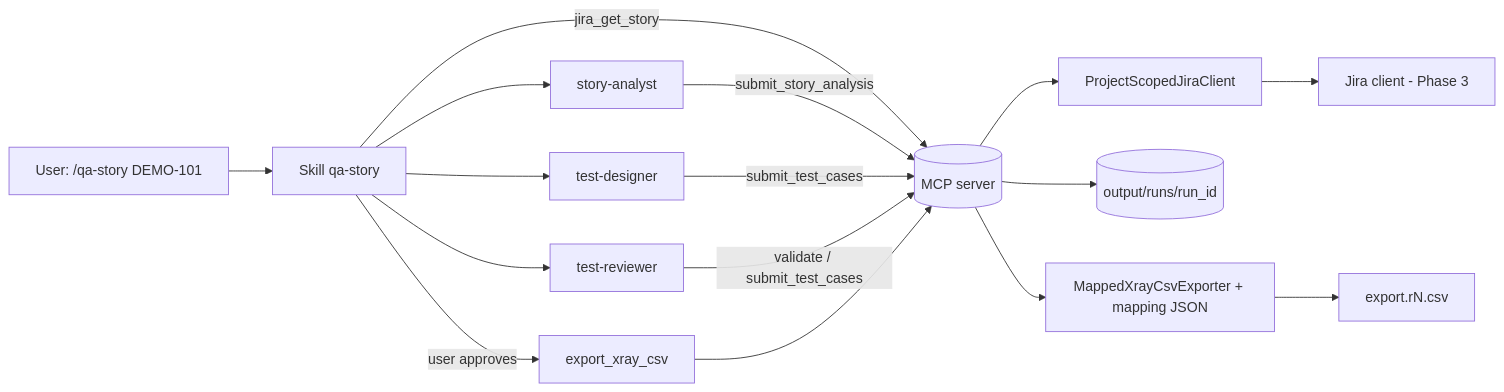
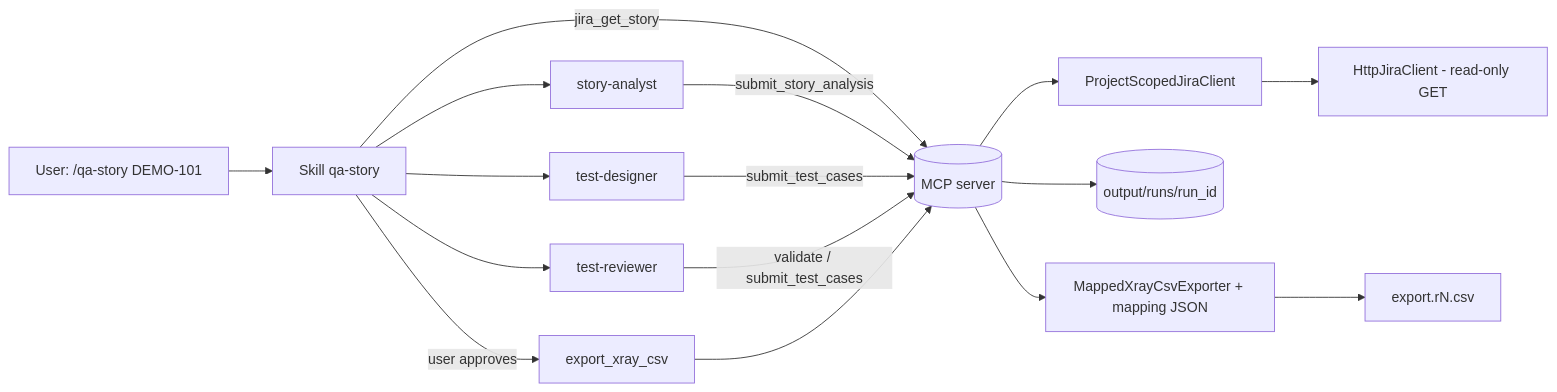
The diagram in docs/architecture/overview.md (VictoriaRudakova/qa-assistant), drawn with Mermaid before and after one commit. The commit also changed 21 other files, not shown here.

First line of the commit message:
feat: add read-only Jira integration

````diff
--- a/docs/architecture/overview.md
+++ b/docs/architecture/overview.md
@@ -19,12 +19,12 @@
 ```mermaid
 flowchart LR
     U[User: /qa-story DEMO-101] --> S[Skill qa-story]
     S -->|jira_get_story| M[(MCP server)]
-    M --> J[ProjectScopedJiraClient] --> JC[Jira client - Phase 3]
+    M --> J[ProjectScopedJiraClient] --> JC[HttpJiraClient - read-only GET]
     S --> A[story-analyst] -->|submit_story_analysis| M
     S --> D[test-designer] -->|submit_test_cases| M
     S --> R[test-reviewer] -->|validate / submit_test_cases| M
     M --> RS[(output/runs/run_id)]
     S -->|user approves| E[export_xray_csv] --> M
     M --> X[MappedXrayCsvExporter + mapping JSON] --> CSV[export.rN.csv]
 ```
````
